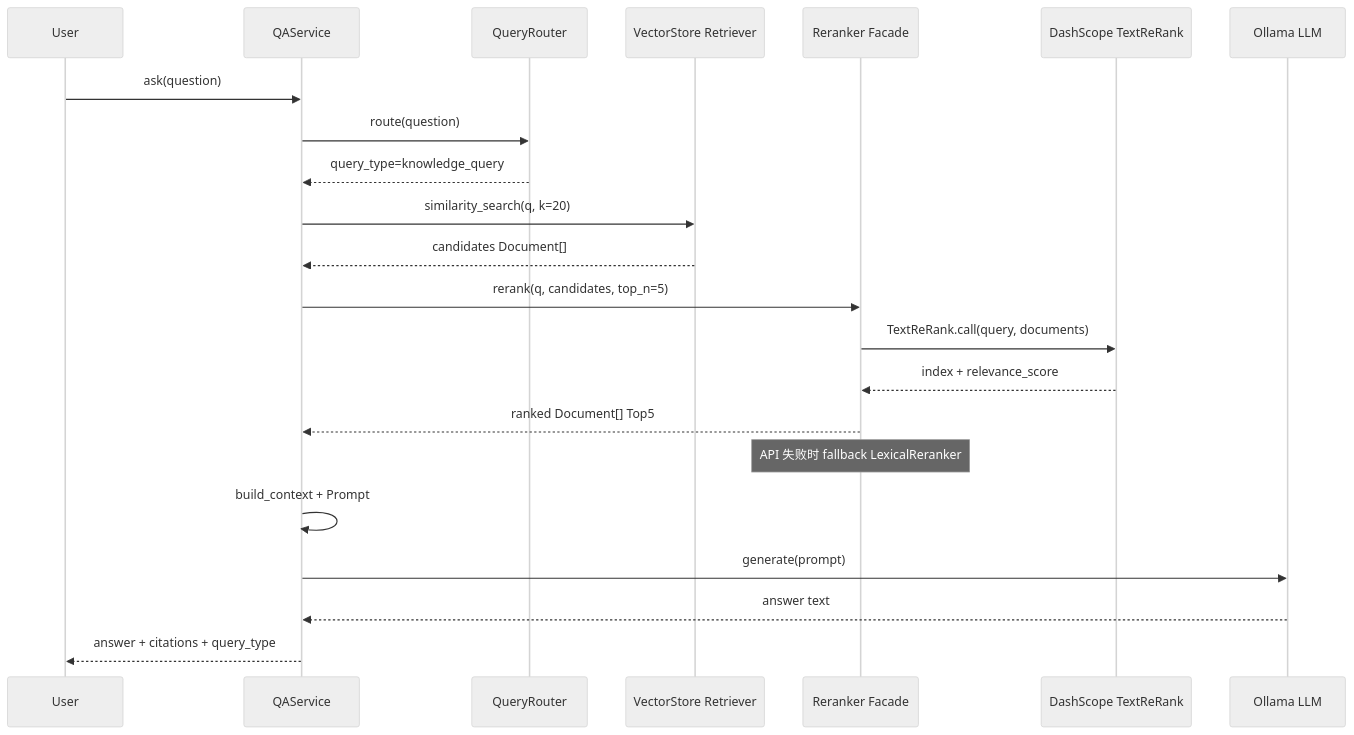
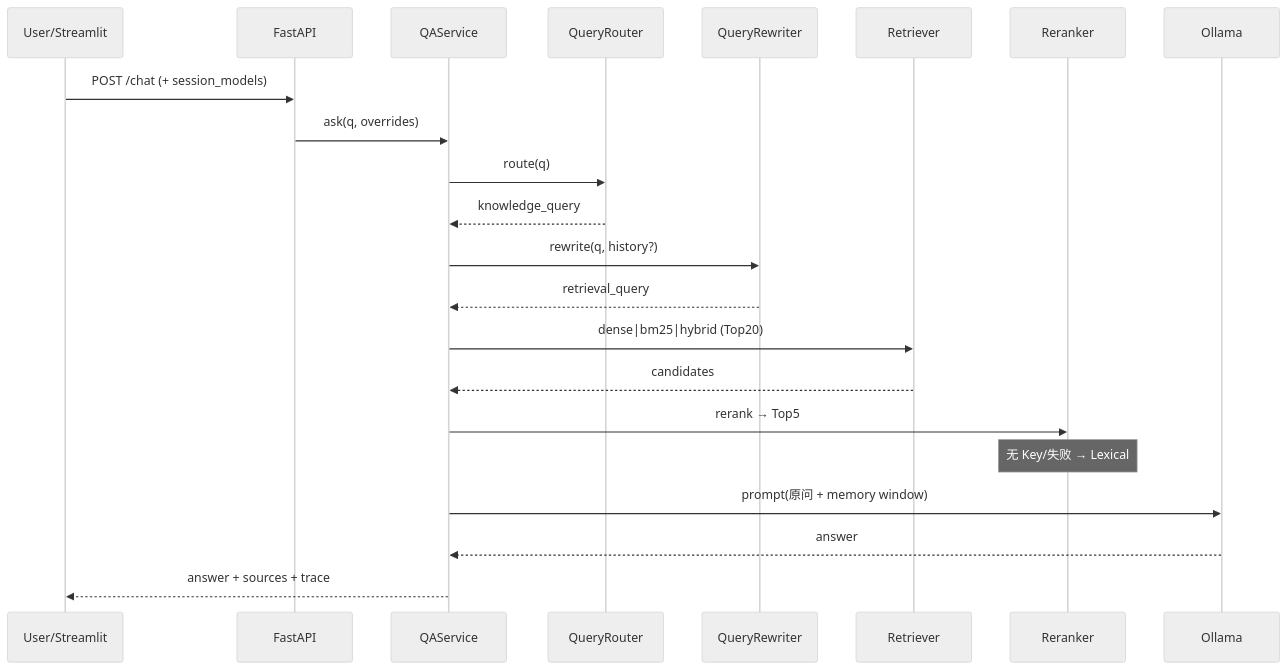
The fourth of 5 diagrams in RAG_ARCHITECTURE.md (SomeH-Bosx/enterprise-rag), drawn with Mermaid (neutral theme) before and after one commit. The commit also changed other lines of this file and 1 other file, not shown here.

First line of the commit message:
docs: sync RAG_ARCHITECTURE and README with current pipeline

````diff
--- a/RAG_ARCHITECTURE.md
+++ b/RAG_ARCHITECTURE.md
@@ -147,25 +154,25 @@
 ```mermaid
 sequenceDiagram
-  participant U as User
+  participant U as User/Streamlit
+  participant API as FastAPI
   participant QA as QAService
   participant QR as QueryRouter
-  participant VS as VectorStore Retriever
-  participant RR as Reranker Facade
-  participant DS as DashScope TextReRank
-  participant LLM as Ollama LLM
+  participant RW as QueryRewriter
+  participant RT as Retriever
+  participant RR as Reranker
+  participant LLM as Ollama
 
-  U->>QA: ask(question)
-  QA->>QR: route(question)
-  QR-->>QA: query_type=knowledge_query
-  QA->>VS: similarity_search(q, k=20)
-  VS-->>QA: candidates Document[]
-  QA->>RR: rerank(q, candidates, top_n=5)
-  RR->>DS: TextReRank.call(query, documents)
-  DS-->>RR: index + relevance_score
-  RR-->>QA: ranked Document[] Top5
-  Note over RR: API 失败时 fallback LexicalReranker
-  QA->>QA: build_context + Prompt
-  QA->>LLM: generate(prompt)
-  LLM-->>QA: answer text
-  QA-->>U: answer + citations + query_type
+  U->>API: POST /chat (+ session_models)
+  API->>QA: ask(q, overrides)
+  QA->>QR: route(q)
+  QR-->>QA: knowledge_query
+  QA->>RW: rewrite(q, history?)
+  RW-->>QA: retrieval_query
+  QA->>RT: dense|bm25|hybrid (Top20)
+  RT-->>QA: candidates
+  QA->>RR: rerank → Top5
+  Note over RR: 无 Key/失败 → Lexical
+  QA->>LLM: prompt(原问 + memory window)
+  LLM-->>QA: answer
+  QA-->>U: answer + sources + trace
 ```
````
